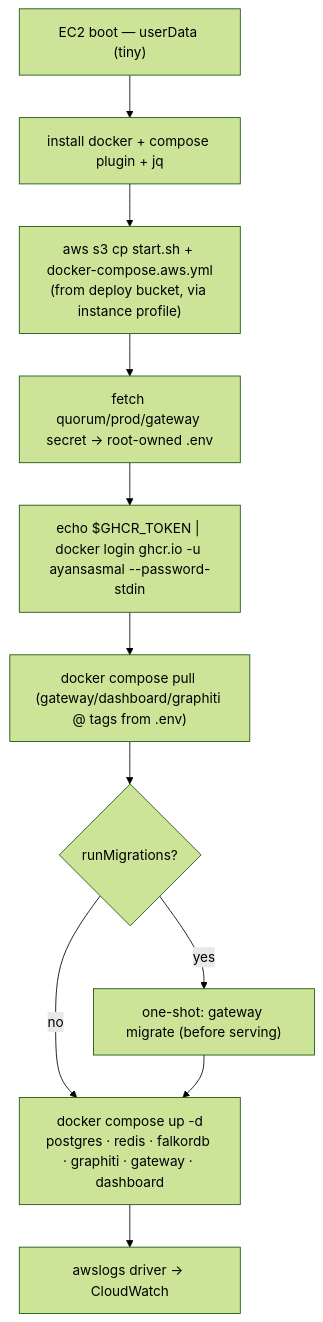
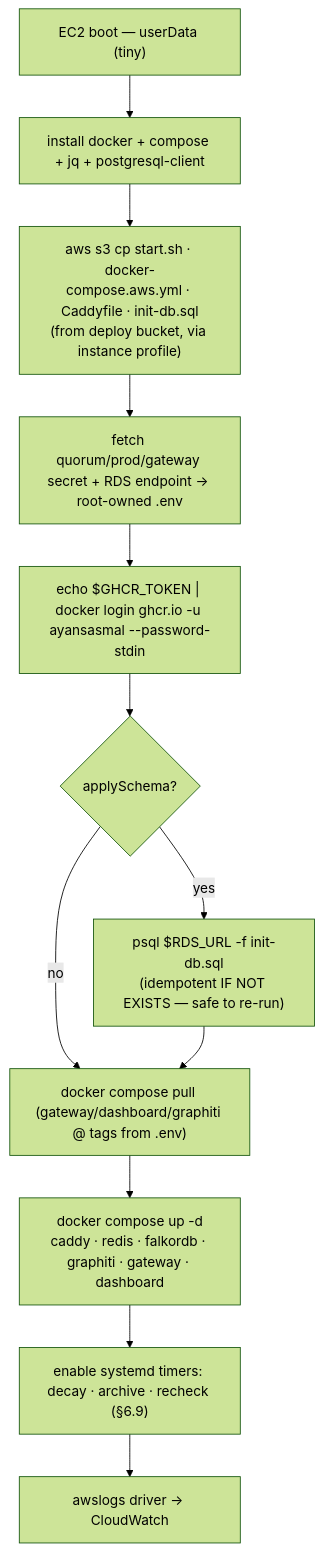
Before and after one commit to ayansasmal/quorum: the second of 3 diagrams in docs/superpowers/specs/2026-06-11-quorum-aws-crossplane-deployment-design.md, drawn with Mermaid (forest theme). The commit also changed other lines of this file, not shown here.

First line of the commit message:
docs(deploy): revise crossplane spec for v2.3, rds, and tls

````diff
--- a/docs/superpowers/specs/2026-06-11-quorum-aws-crossplane-deployment-design.md
+++ b/docs/superpowers/specs/2026-06-11-quorum-aws-crossplane-deployment-design.md
@@ -262,13 +337,14 @@
 ```mermaid
 flowchart TD
-    A["EC2 boot — userData (tiny)"] --> B["install docker + compose plugin + jq"]
-    B --> C["aws s3 cp start.sh + docker-compose.aws.yml<br/>(from deploy bucket, via instance profile)"]
-    C --> E["fetch quorum/prod/gateway secret → root-owned .env"]
-    E --> D["echo $GHCR_TOKEN | docker login ghcr.io -u ayansasmal --password-stdin"]
-    D --> F["docker compose pull (gateway/dashboard/graphiti @ tags from .env)"]
-    F --> G{"runMigrations?"}
-    G -->|yes| H["one-shot: gateway migrate (before serving)"]
-    G -->|no| I
-    H --> I["docker compose up -d<br/>postgres · redis · falkordb · graphiti · gateway · dashboard"]
-    I --> J["awslogs driver → CloudWatch"]
+    A["EC2 boot — userData (tiny)"] --> B["install docker + compose + jq + postgresql-client"]
+    B --> C["aws s3 cp start.sh · docker-compose.aws.yml · Caddyfile · init-db.sql<br/>(from deploy bucket, via instance profile)"]
+    C --> D["fetch quorum/prod/gateway secret + RDS endpoint → root-owned .env"]
+    D --> E["echo $GHCR_TOKEN | docker login ghcr.io -u ayansasmal --password-stdin"]
+    E --> F{"applySchema?"}
+    F -->|yes| G["psql $RDS_URL -f init-db.sql<br/>(idempotent IF NOT EXISTS — safe to re-run)"]
+    F -->|no| H
+    G --> H["docker compose pull (gateway/dashboard/graphiti @ tags from .env)"]
+    H --> I["docker compose up -d<br/>caddy · redis · falkordb · graphiti · gateway · dashboard"]
+    I --> J["enable systemd timers: decay · archive · recheck (§6.9)"]
+    J --> K["awslogs driver → CloudWatch"]
 ```
````
